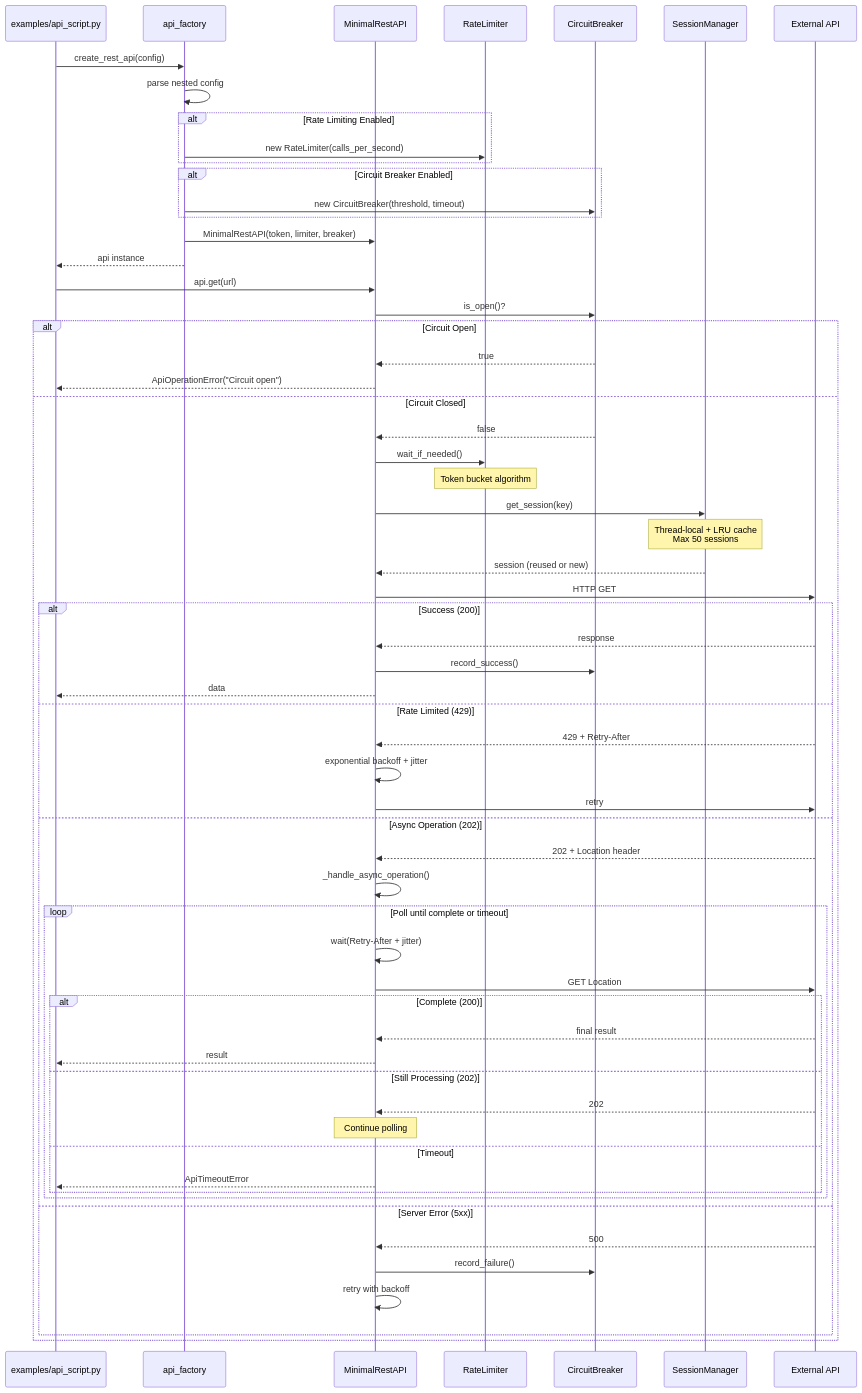
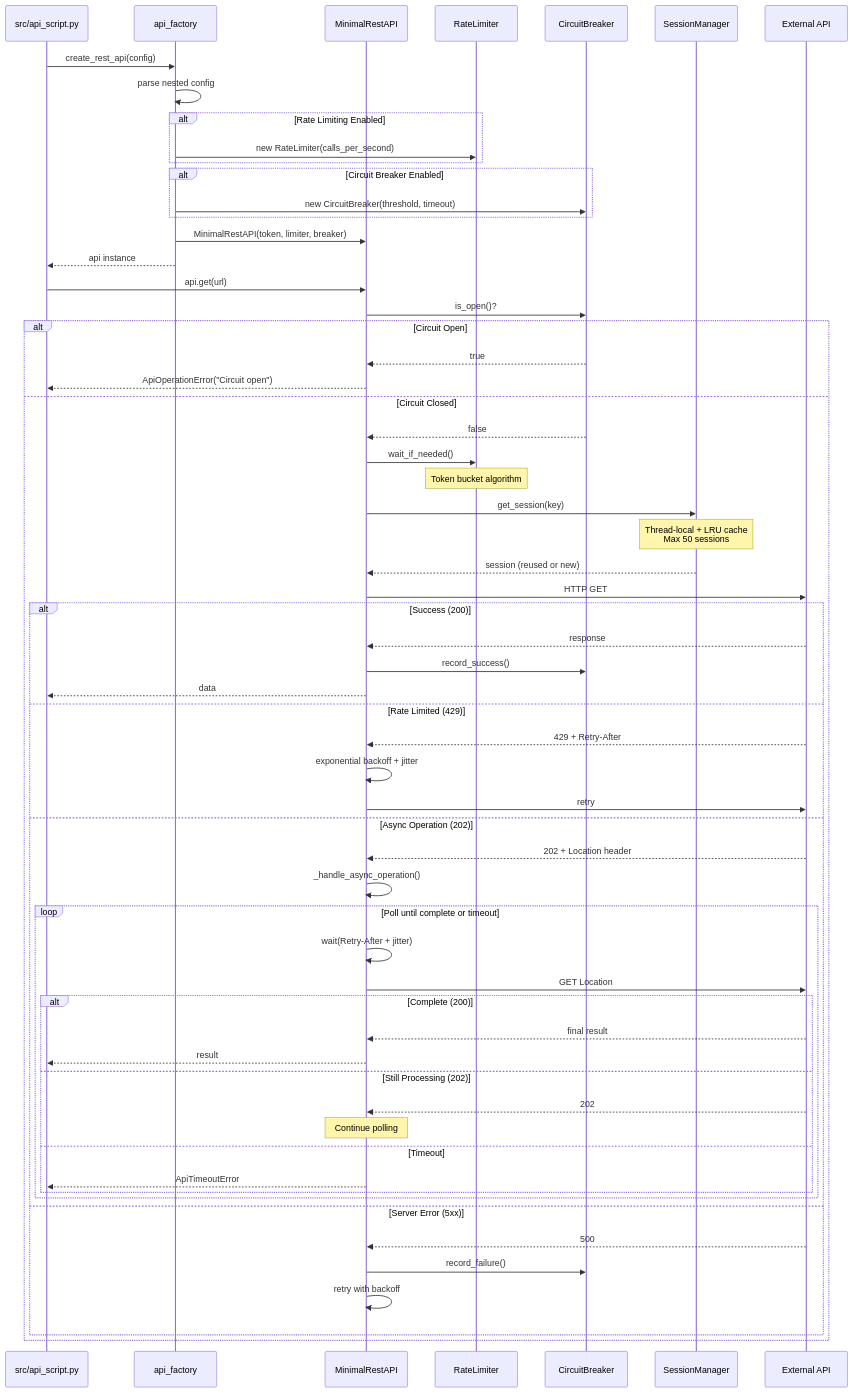
One commit to tentixo/txo-python-template changed the third of 4 diagrams in module-dependency-diagram.md. Above: the diagram before and after it, drawn with Mermaid. The commit also changed other lines of this file and 43 other files, not shown here.

````diff
--- a/module-dependency-diagram.md
+++ b/module-dependency-diagram.md
@@ -245,77 +184,77 @@
 ```mermaid
 sequenceDiagram
-    participant Script as examples/api_script.py
+    participant Script as src/api_script.py
     participant Factory as api_factory
     participant API as MinimalRestAPI
     participant RateLimiter
     participant CircuitBreaker
     participant SessionMgr as SessionManager
     participant External as External API
 
     Script->>Factory: create_rest_api(config)
     Factory->>Factory: parse nested config
-    
+
     alt Rate Limiting Enabled
         Factory->>RateLimiter: new RateLimiter(calls_per_second)
     end
-    
+
     alt Circuit Breaker Enabled
         Factory->>CircuitBreaker: new CircuitBreaker(threshold, timeout)
     end
-    
+
     Factory->>API: MinimalRestAPI(token, limiter, breaker)
     Factory-->>Script: api instance
 
     Script->>API: api.get(url)
-    
+
     API->>CircuitBreaker: is_open()?
     alt Circuit Open
         CircuitBreaker-->>API: true
         API-->>Script: ApiOperationError("Circuit open")
     else Circuit Closed
         CircuitBreaker-->>API: false
-        
+
         API->>RateLimiter: wait_if_needed()
         Note over RateLimiter: Token bucket algorithm
-        
+
         API->>SessionMgr: get_session(key)
         Note over SessionMgr: Thread-local + LRU cache<br/>Max 50 sessions
         SessionMgr-->>API: session (reused or new)
-        
+
         API->>External: HTTP GET
-        
+
         alt Success (200)
             External-->>API: response
             API->>CircuitBreaker: record_success()
             API-->>Script: data
-            
+
         else Rate Limited (429)
             External-->>API: 429 + Retry-After
             API->>API: exponential backoff + jitter
             API->>External: retry
-            
+
         else Async Operation (202)
             External-->>API: 202 + Location header
             API->>API: _handle_async_operation()
-            
+
             loop Poll until complete or timeout
                 API->>API: wait(Retry-After + jitter)
                 API->>External: GET Location
                 alt Complete (200)
                     External-->>API: final result
                     API-->>Script: result
                 else Still Processing (202)
                     External-->>API: 202
                     Note over API: Continue polling
                 else Timeout
                     API-->>Script: ApiTimeoutError
                 end
             end
-            
+
         else Server Error (5xx)
             External-->>API: 500
             API->>CircuitBreaker: record_failure()
             API->>API: retry with backoff
         end
     end
 ```
````
